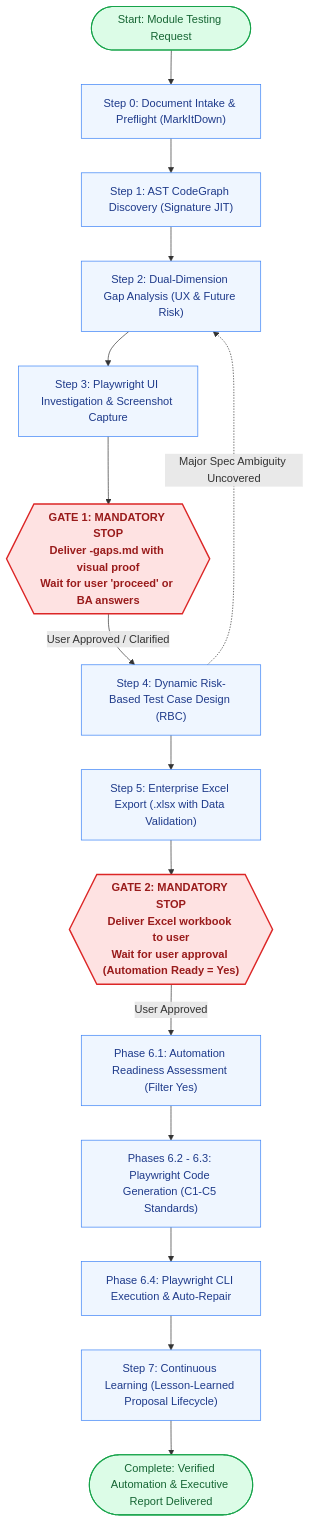
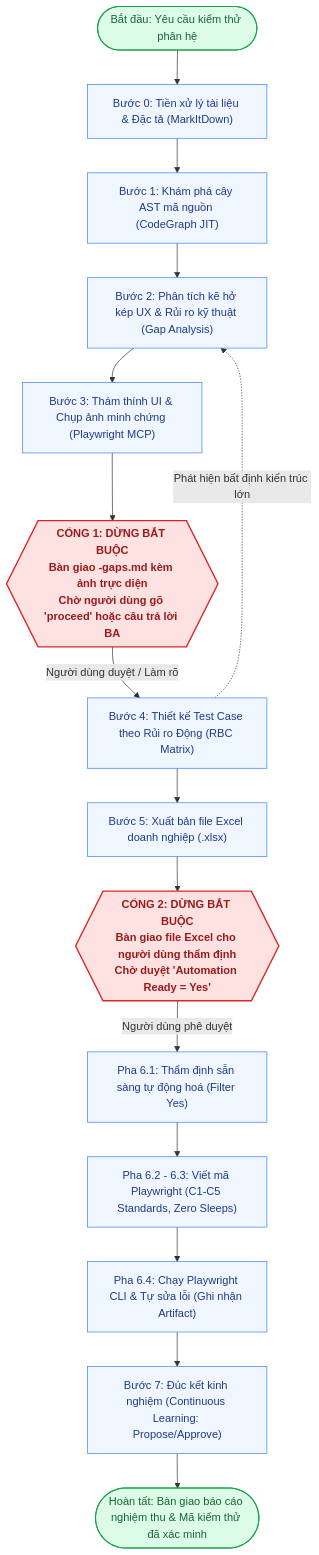
One commit to Dang-nhut-tan/QA-skill changed the diagram in README.md. Above: the diagram before and after it, drawn with Mermaid. The commit also changed other lines of this file, not shown here.

Commit message:
docs: standardize README.md in professional enterprise Vietnamese without project bias

````diff
--- a/README.md
+++ b/README.md
@@ -71,28 +71,28 @@
 ```mermaid
 flowchart TD
-    Start(["Start: Module Testing Request"]) --> S0["Step 0: Document Intake & Preflight (MarkItDown)"]
-    S0 --> S1["Step 1: AST CodeGraph Discovery (Signature JIT)"]
-    S1 --> S2["Step 2: Dual-Dimension Gap Analysis (UX & Future Risk)"]
-    S2 --> S3["Step 3: Playwright UI Investigation & Screenshot Capture"]
+    Start(["Bắt đầu: Yêu cầu kiểm thử phân hệ"]) --> S0["Bước 0: Tiền xử lý tài liệu & Đặc tả (MarkItDown)"]
+    S0 --> S1["Bước 1: Khám phá cây AST mã nguồn (CodeGraph JIT)"]
+    S1 --> S2["Bước 2: Phân tích kẽ hở kép UX & Rủi ro kỹ thuật (Gap Analysis)"]
+    S2 --> S3["Bước 3: Thám thính UI & Chụp ảnh minh chứng (Playwright MCP)"]
     
-    S3 --> Gate1{{"GATE 1: MANDATORY STOP\nDeliver <module>-gaps.md with visual proof\nWait for user 'proceed' or BA answers"}}
+    S3 --> Gate1{{"CỔNG 1: DỪNG BẮT BUỘC\nBàn giao <module>-gaps.md kèm ảnh trực diện\nChờ người dùng gõ 'proceed' hoặc câu trả lời BA"}}
     
-    Gate1 -- "User Approved / Clarified" --> S4["Step 4: Dynamic Risk-Based Test Case Design (RBC)"]
-    S4 -. "Major Spec Ambiguity Uncovered" .-> S2
-    S4 --> S5["Step 5: Enterprise Excel Export (.xlsx with Data Validation)"]
+    Gate1 -- "Người dùng duyệt / Làm rõ" --> S4["Bước 4: Thiết kế Test Case theo Rủi ro Động (RBC Matrix)"]
+    S4 -. "Phát hiện bất định kiến trúc lớn" .-> S2
+    S4 --> S5["Bước 5: Xuất bản file Excel doanh nghiệp (.xlsx)"]
     
-    S5 --> Gate2{{"GATE 2: MANDATORY STOP\nDeliver Excel workbook to user\nWait for user approval (Automation Ready = Yes)"}}
+    S5 --> Gate2{{"CỔNG 2: DỪNG BẮT BUỘC\nBàn giao file Excel cho người dùng thẩm định\nChờ duyệt 'Automation Ready = Yes'"}}
     
-    Gate2 -- "User Approved" --> S61["Phase 6.1: Automation Readiness Assessment (Filter Yes)"]
-    S61 --> S62["Phases 6.2 - 6.3: Playwright Code Generation (C1-C5 Standards)"]
-    S62 --> S64["Phase 6.4: Playwright CLI Execution & Auto-Repair"]
-    S64 --> S7["Step 7: Continuous Learning (Lesson-Learned Proposal Lifecycle)"]
-    S7 --> EndNode(["Complete: Verified Automation & Executive Report Delivered"])
+    Gate2 -- "Người dùng phê duyệt" --> S61["Pha 6.1: Thẩm định sẵn sàng tự động hoá (Filter Yes)"]
+    S61 --> S62["Pha 6.2 - 6.3: Viết mã Playwright (C1-C5 Standards, Zero Sleeps)"]
+    S62 --> S64["Pha 6.4: Chạy Playwright CLI & Tự sửa lỗi (Ghi nhận Artifact)"]
+    S64 --> S7["Bước 7: Đúc kết kinh nghiệm (Continuous Learning: Propose/Approve)"]
+    S7 --> EndNode(["Hoàn tất: Bàn giao báo cáo nghiệm thu & Mã kiểm thử đã xác minh"])
 
     classDef stop fill:#FEE2E2,stroke:#DC2626,stroke-width:2px,color:#991B1B,font-weight:bold;
     classDef step fill:#EFF6FF,stroke:#3B82F6,stroke-width:1px,color:#1E3A8A;
     classDef done fill:#DCFCE7,stroke:#16A34A,stroke-width:1.5px,color:#166534;
     class Gate1,Gate2 stop;
     class S0,S1,S2,S3,S4,S5,S61,S62,S64,S7 step;
     class Start,EndNode done;
 ```
````
